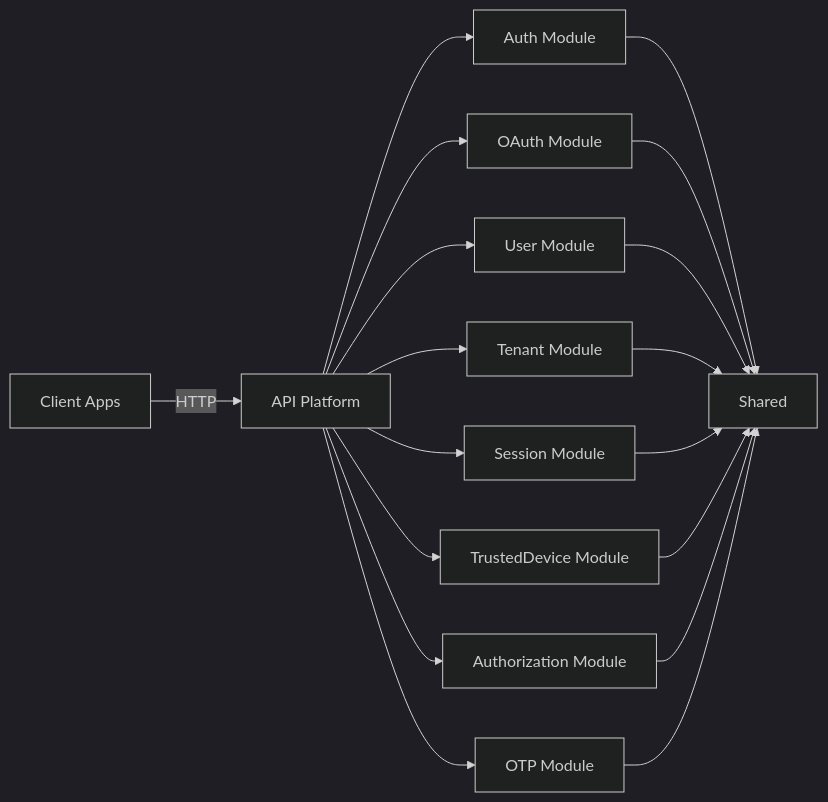
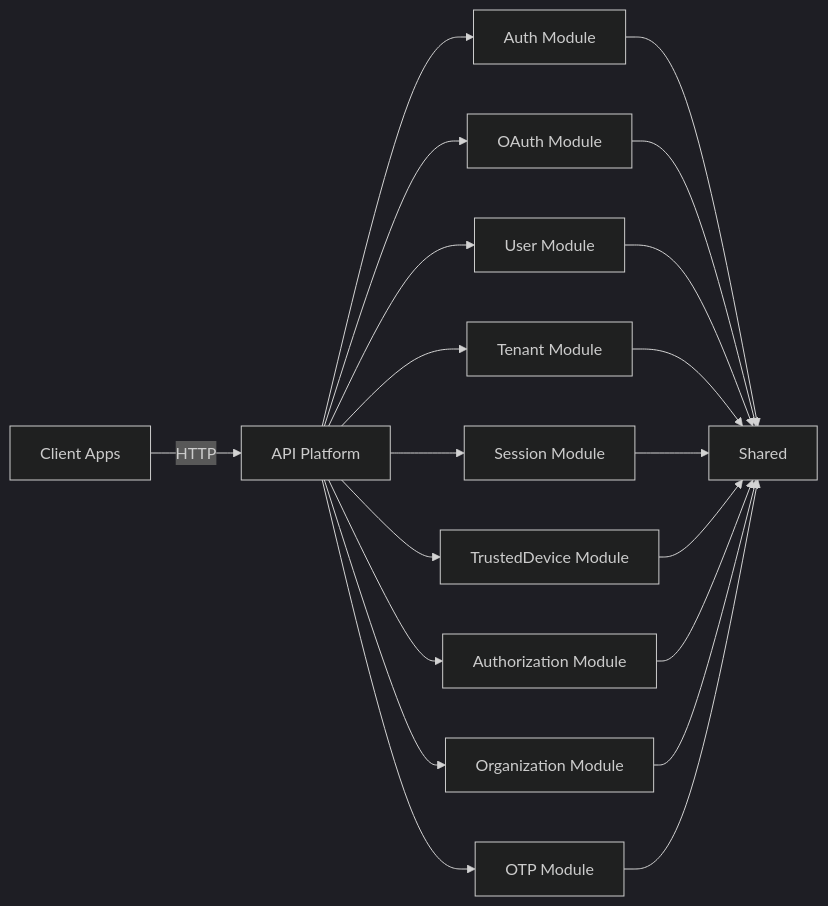
One commit to DevSkyLex/fireguard-api changed the second of 2 diagrams in README.md. Above: the diagram before and after it, drawn with Mermaid (dark theme). The commit also changed other lines of this file and 197 other files, not shown here.

Commit message:
feat: Organization module

````diff
--- a/README.md
+++ b/README.md
@@ -148,20 +149,22 @@
 ```mermaid
 flowchart LR
   Client[Client Apps] -->|HTTP| API[API Platform]
   API --> Auth[Auth Module]
   API --> OAuth[OAuth Module]
   API --> User[User Module]
   API --> Tenant[Tenant Module]
   API --> Session[Session Module]
   API --> TrustedDevice[TrustedDevice Module]
   API --> Authorization[Authorization Module]
+  API --> Organization[Organization Module]
   API --> Otp[OTP Module]
   Auth --> Shared[Shared]
   OAuth --> Shared
   User --> Shared
   Tenant --> Shared
   Session --> Shared
   TrustedDevice --> Shared
   Authorization --> Shared
+  Organization --> Shared
   Otp --> Shared
 ```
````
